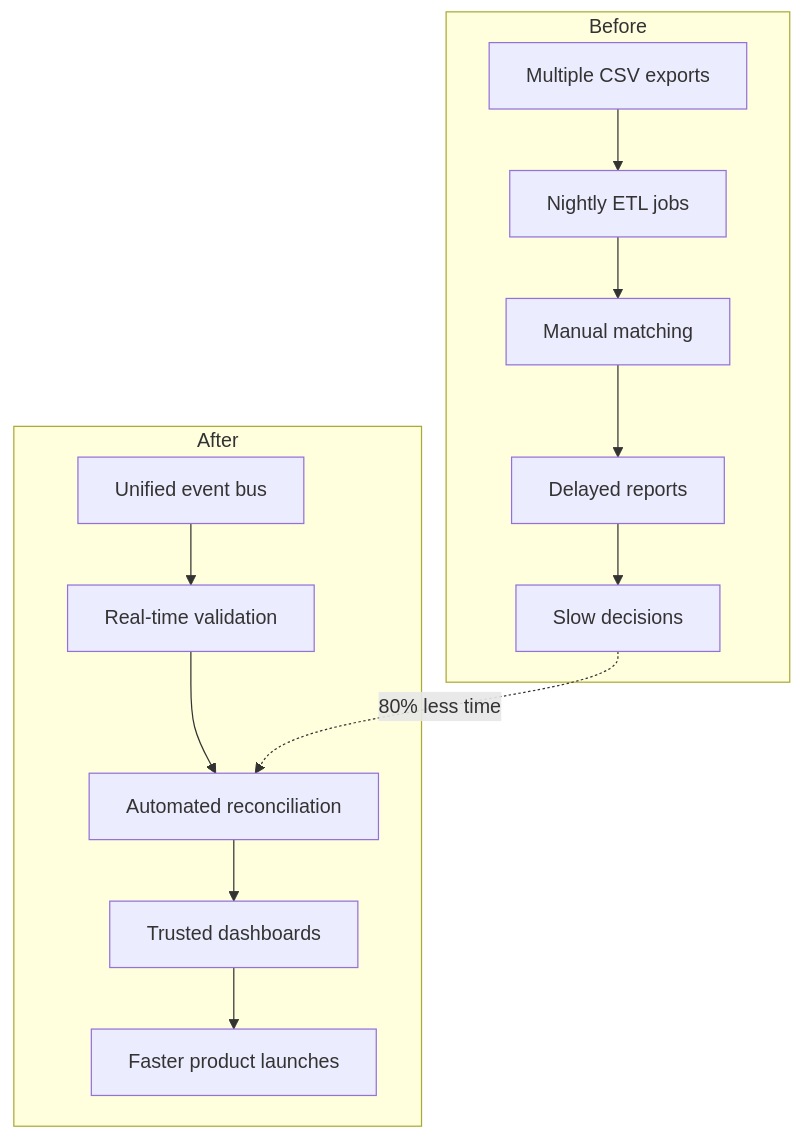
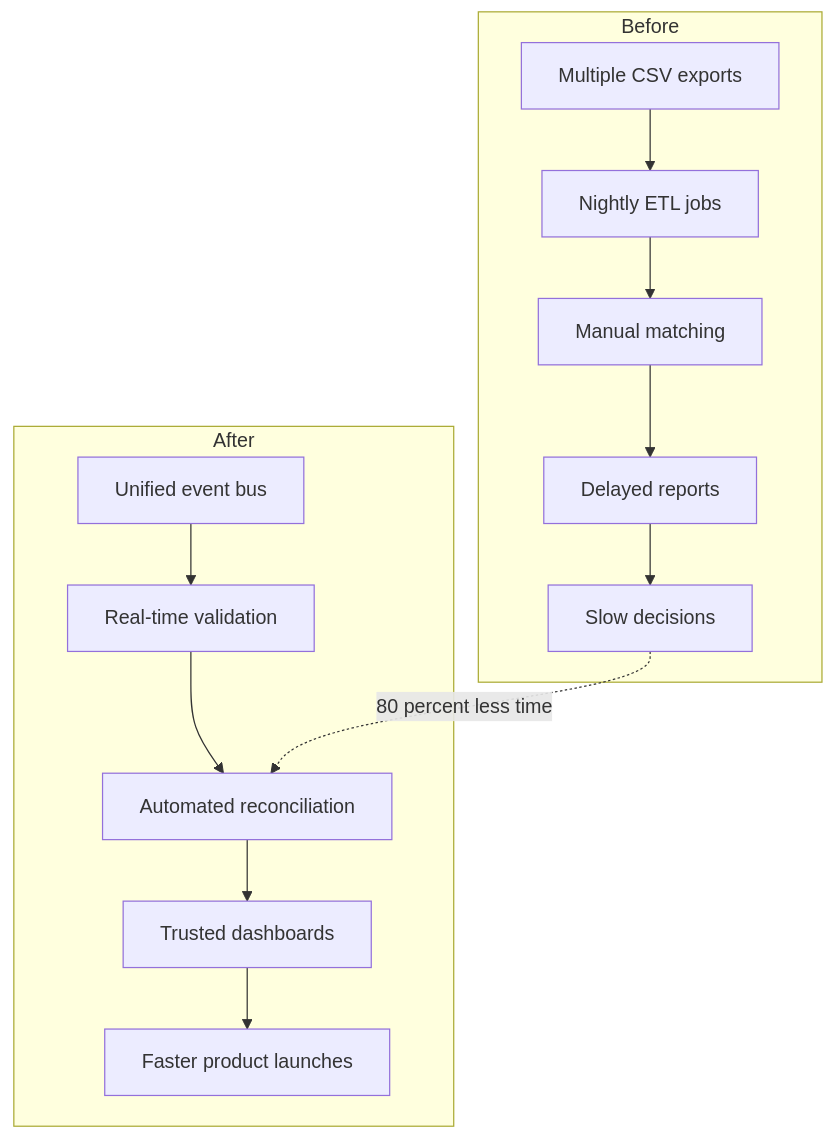
Before and after one commit to devbrewai/devbrew.ai: the third of 3 diagrams in data/blog/data-pipelines.mdx, drawn with Mermaid. The commit also changed other lines of this file, not shown here.

````diff
--- a/data/blog/data-pipelines.mdx
+++ b/data/blog/data-pipelines.mdx
@@ -113,18 +148,18 @@
 ```mermaid
 flowchart TB
     subgraph Before
         B1[Multiple CSV exports] --> B2[Nightly ETL jobs]
         B2 --> B3[Manual matching]
         B3 --> B4[Delayed reports]
         B4 --> B5[Slow decisions]
     end
 
     subgraph After
         A1[Unified event bus] --> A2[Real-time validation]
         A2 --> A3[Automated reconciliation]
         A3 --> A4[Trusted dashboards]
         A4 --> A5[Faster product launches]
     end
 
-    B5 -. 80% less time .-> A3
+    B5 -. 80 percent less time .-> A3
 ```
````
